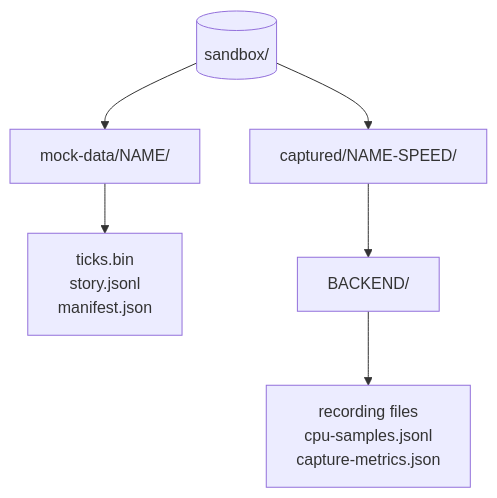
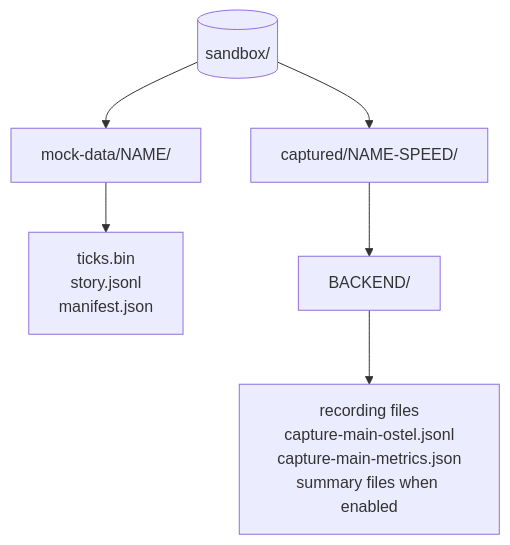
One commit to BriteSnow/rust-blueprint-quadcopter-flight-data changed the fourth of 5 diagrams in dev/spec-overall.md. Above: the diagram before and after it, drawn with Mermaid. The commit also changed other lines of this file and 18 other files, not shown here.

````diff
--- a/dev/spec-overall.md
+++ b/dev/spec-overall.md
@@ -95,9 +102,9 @@
 ```mermaid
 flowchart TB
   sandbox[("sandbox/")]
   sandbox --> mockroot["mock-data/NAME/"]
   sandbox --> caproot["captured/NAME-SPEED/"]
   mockroot --> mockfiles["ticks.bin<br/>story.jsonl<br/>manifest.json"]
   caproot --> backend["BACKEND/"]
-  backend --> runfiles["recording files<br/>cpu-samples.jsonl<br/>capture-metrics.json"]
+  backend --> runfiles["recording files<br/>capture-main-ostel.jsonl<br/>capture-main-metrics.json<br/>summary files when enabled"]
 ```
````
